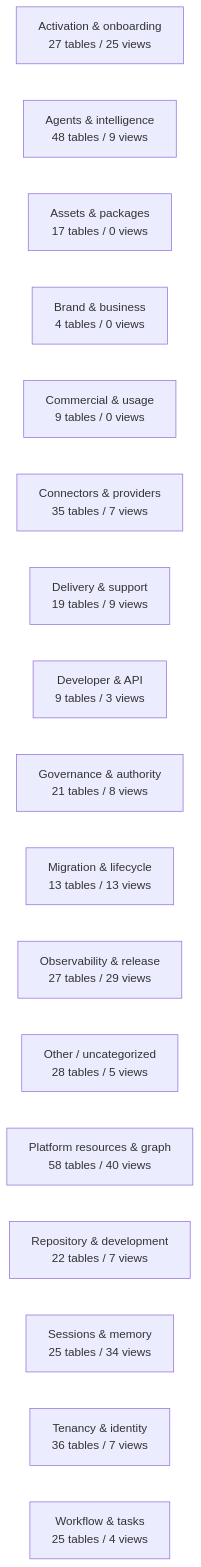
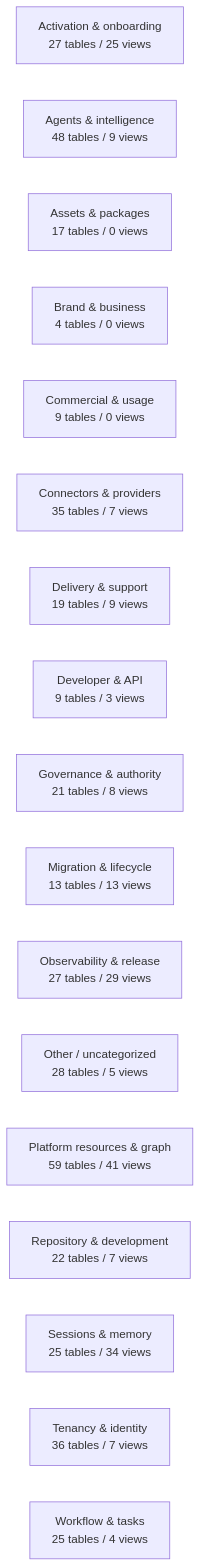
Before and after one commit to mad4bdigital-ai/multi-business-multi-role-growth-intelligence-os: the diagram in docs/work-maps/data-model-domain-map.md, drawn with Mermaid. The commit also changed other lines of this file and 6 other files, not shown here.

````diff
--- a/docs/work-maps/data-model-domain-map.md
+++ b/docs/work-maps/data-model-domain-map.md
@@ -9,20 +9,20 @@
 ```mermaid
 flowchart LR
   n_Activation___onboarding["Activation & onboarding<br/>27 tables / 25 views"]
   n_Agents___intelligence["Agents & intelligence<br/>48 tables / 9 views"]
   n_Assets___packages["Assets & packages<br/>17 tables / 0 views"]
   n_Brand___business["Brand & business<br/>4 tables / 0 views"]
   n_Commercial___usage["Commercial & usage<br/>9 tables / 0 views"]
   n_Connectors___providers["Connectors & providers<br/>35 tables / 7 views"]
   n_Delivery___support["Delivery & support<br/>19 tables / 9 views"]
   n_Developer___API["Developer & API<br/>9 tables / 3 views"]
   n_Governance___authority["Governance & authority<br/>21 tables / 8 views"]
   n_Migration___lifecycle["Migration & lifecycle<br/>13 tables / 13 views"]
   n_Observability___release["Observability & release<br/>27 tables / 29 views"]
   n_Other___uncategorized["Other / uncategorized<br/>28 tables / 5 views"]
-  n_Platform_resources___graph["Platform resources & graph<br/>58 tables / 40 views"]
+  n_Platform_resources___graph["Platform resources & graph<br/>59 tables / 41 views"]
   n_Repository___development["Repository & development<br/>22 tables / 7 views"]
   n_Sessions___memory["Sessions & memory<br/>25 tables / 34 views"]
   n_Tenancy___identity["Tenancy & identity<br/>36 tables / 7 views"]
   n_Workflow___tasks["Workflow & tasks<br/>25 tables / 4 views"]
 ```
````
